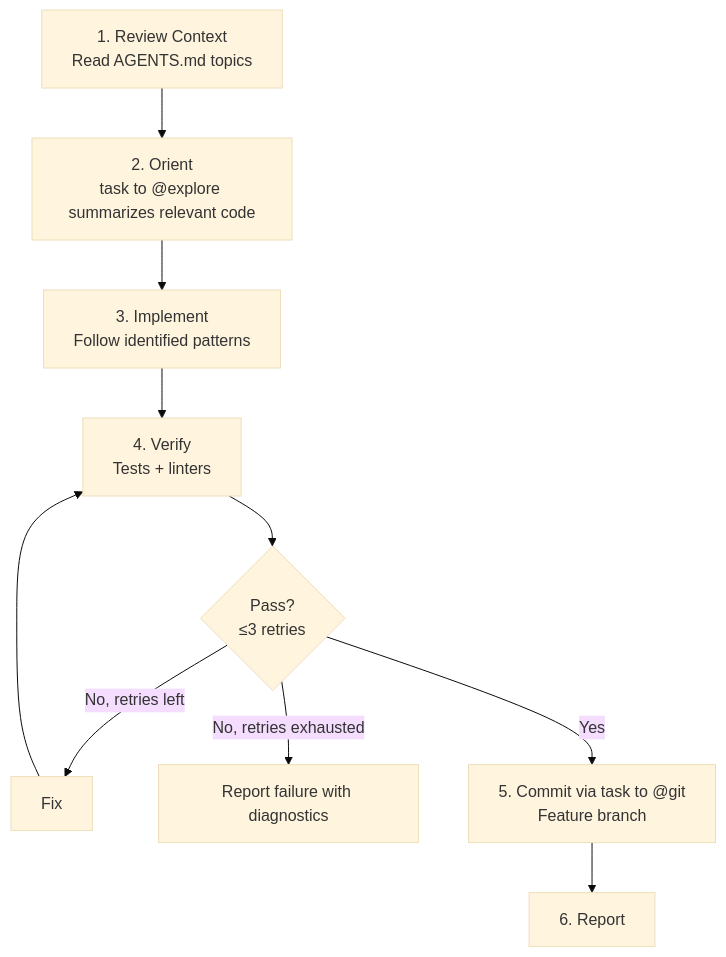
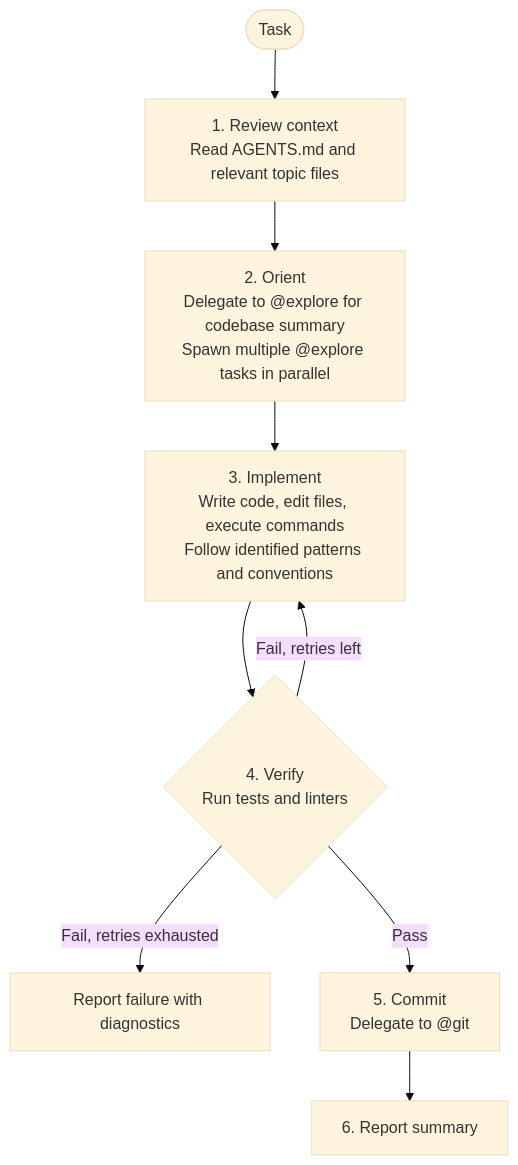
One commit to juliankahlert/opencode-config changed the diagram in pages/src/absurd/build.md. Above: the diagram before and after it, drawn with Mermaid (base theme). The commit also changed other lines of this file and 17 other files, not shown here.

````diff
--- a/pages/src/absurd/build.md
+++ b/pages/src/absurd/build.md
@@ -19,11 +24,11 @@
 ```mermaid
 flowchart TD
-    CONTEXT[<span>1.</span> Review Context<br/>Read AGENTS.md topics] --> ORIENT
-    ORIENT[<span>2.</span> Orient<br/>task to @explore summarizes relevant code] --> IMPL
-    IMPL[<span>3.</span> Implement<br/>Follow identified patterns] --> VERIFY
-    VERIFY[<span>4.</span> Verify<br/>Tests + linters] --> PASS{Pass?<br/>≤3 retries}
-    PASS -->|No, retries left| FIX[Fix] --> VERIFY
-    PASS -->|No, retries exhausted| REPORT_FAIL[Report failure with diagnostics]
-    PASS -->|Yes| COMMIT[<span>5.</span> Commit via task to @git<br/>Feature branch]
-    COMMIT --> REPORT[<span>6.</span> Report]
+    REQ([Task]) --> CONTEXT[<span>1.</span> Review context<br/>Read AGENTS.md and relevant topic files]
+    CONTEXT --> ORIENT[<span>2.</span> Orient<br/>Delegate to @explore for codebase summary<br/>Spawn multiple @explore tasks in parallel]
+    ORIENT --> IMPL[<span>3.</span> Implement<br/>Write code, edit files, execute commands<br/>Follow identified patterns and conventions]
+    IMPL --> VERIFY{<span>4.</span> Verify<br/>Run tests and linters}
+    VERIFY -->|Fail, retries left| IMPL
+    VERIFY -->|Fail, retries exhausted| FAIL[Report failure with diagnostics]
+    VERIFY -->|Pass| COMMIT[<span>5.</span> Commit<br/>Delegate to @git]
+    COMMIT --> REPORT[<span>6.</span> Report summary]
 ```
````
